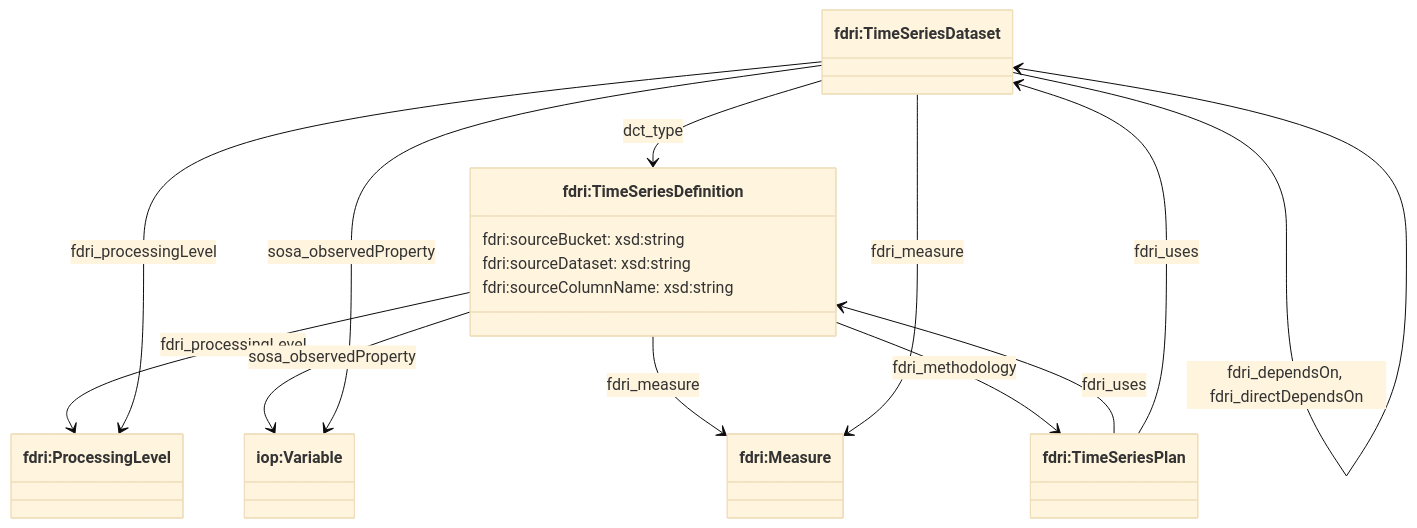
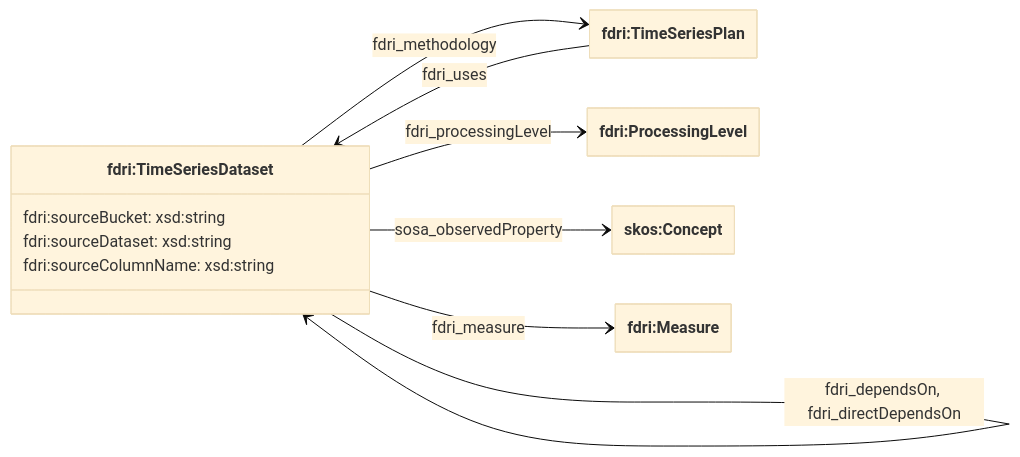
One commit to NERC-CEH/fdri-ontology changed the second of 3 diagrams in doc/time-series-dataset.md. Above: the diagram before and after it, drawn with Mermaid (base theme). The commit also changed other lines of this file and 9 other files, not shown here.

````diff
--- a/doc/time-series-dataset.md
+++ b/doc/time-series-dataset.md
@@ -35,25 +40,25 @@
 ```mermaid
+---
+  config:
+    class:
+      hideEmptyMembersBox: true
+---
 classDiagram
-class TimeSeriesDataset["fdri:TimeSeriesDataset"]
-class TimeSeriesDefinition["fdri:TimeSeriesDefinition"] {
+direction LR
+class TimeSeriesDataset["fdri:TimeSeriesDataset"] {
   fdri:sourceBucket: xsd:string
   fdri:sourceDataset: xsd:string
   fdri:sourceColumnName: xsd:string
 }
 class Plan["fdri:TimeSeriesPlan"]
 class ProcessingLevel["fdri:ProcessingLevel"]
-class Variable["iop:Variable"]
+class Variable["skos:Concept"]
 class Measure["fdri:Measure"]
 
-TimeSeriesDefinition --> ProcessingLevel: fdri_processingLevel
-TimeSeriesDataset --> TimeSeriesDefinition: dct_type
-TimeSeriesDefinition --> Variable: sosa_observedProperty
-TimeSeriesDefinition --> Measure: fdri_measure
-TimeSeriesDefinition --> Plan: fdri_methodology
-Plan --> TimeSeriesDefinition: fdri_uses
-Plan --> TimeSeriesDataset: fdri_uses
 TimeSeriesDataset --> ProcessingLevel: fdri_processingLevel
 TimeSeriesDataset --> Variable: sosa_observedProperty
 TimeSeriesDataset --> Measure: fdri_measure
+TimeSeriesDataset --> Plan: fdri_methodology
+Plan --> TimeSeriesDataset: fdri_uses
 TimeSeriesDataset --> TimeSeriesDataset: fdri_dependsOn, fdri_directDependsOn
 ```
````
